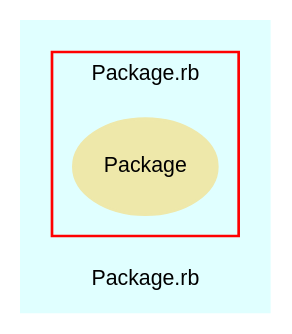
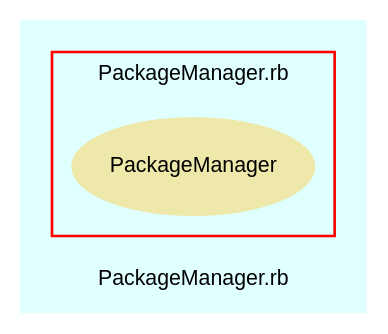
One commit to eschabell/abtlinux changed the diagram in src/trunk/doc/dot/f_0.dot. Above: the diagram before and after it, drawn with Graphviz. The commit also changed 14 other files, not shown here.

Commit message:
Changed main page from Package to PackageManager class by default and regenerated docs.

```diff
--- a/src/trunk/doc/dot/f_0.dot
+++ b/src/trunk/doc/dot/f_0.dot
@@ -1,28 +1,28 @@
 digraph TopLevel {
     compound = true
     bgcolor = lightcyan1
     fontname = Arial
     fontsize = 8
-    label = "Package.rb"
+    label = "PackageManager.rb"
     node [
         fontname = Arial,
         fontsize = 8,
         color = black
     ]
 
     subgraph cluster_1 {
         fontname = Arial
         color = red
-        label = "Package.rb"
-        Package [
+        label = "PackageManager.rb"
+        PackageManager [
             fontcolor = black,
-            URL = "classes/Package.html",
+            URL = "classes/PackageManager.html",
             shape = ellipse,
             color = palegoldenrod,
             style = filled,
-            label = "Package"
+            label = "PackageManager"
         ]
 
     }
 
 }
```
